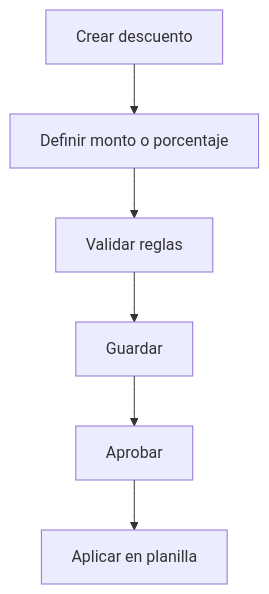
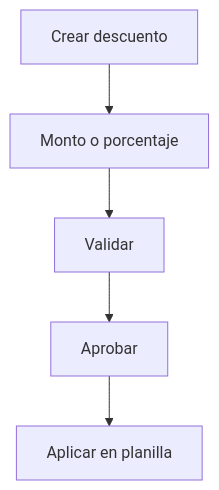
The diagram in docs/09-acciones-personal/ACCION-DESCUENTOS.md (Robertoart13/NewKipital), drawn with Mermaid before and after one commit. The commit also changed other lines of this file and 119 other files, not shown here.

````diff
--- a/docs/09-acciones-personal/ACCION-DESCUENTOS.md
+++ b/docs/09-acciones-personal/ACCION-DESCUENTOS.md
@@ -4,8 +10,7 @@
 ```mermaid
 flowchart TD
-  A[Crear descuento] --> B[Definir monto o porcentaje]
-  B --> C[Validar reglas]
-  C --> D[Guardar]
-  D --> E[Aprobar]
-  E --> F[Aplicar en planilla]
+  A[Crear descuento] --> B[Monto o porcentaje]
+  B --> C[Validar]
+  C --> D[Aprobar]
+  D --> E[Aplicar en planilla]
 ```
````
